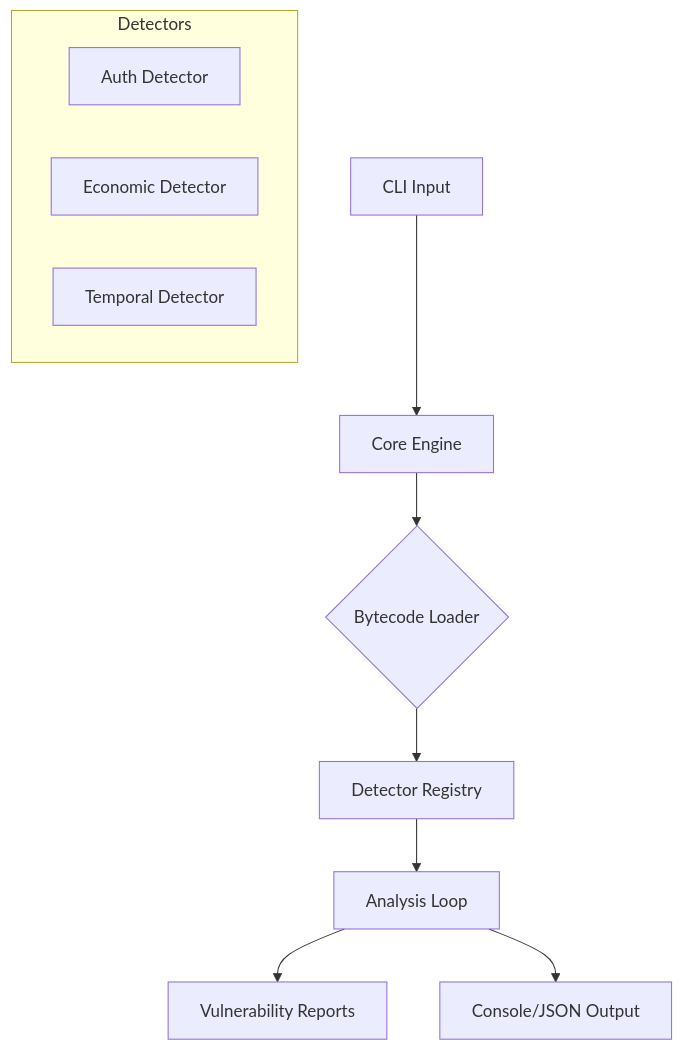
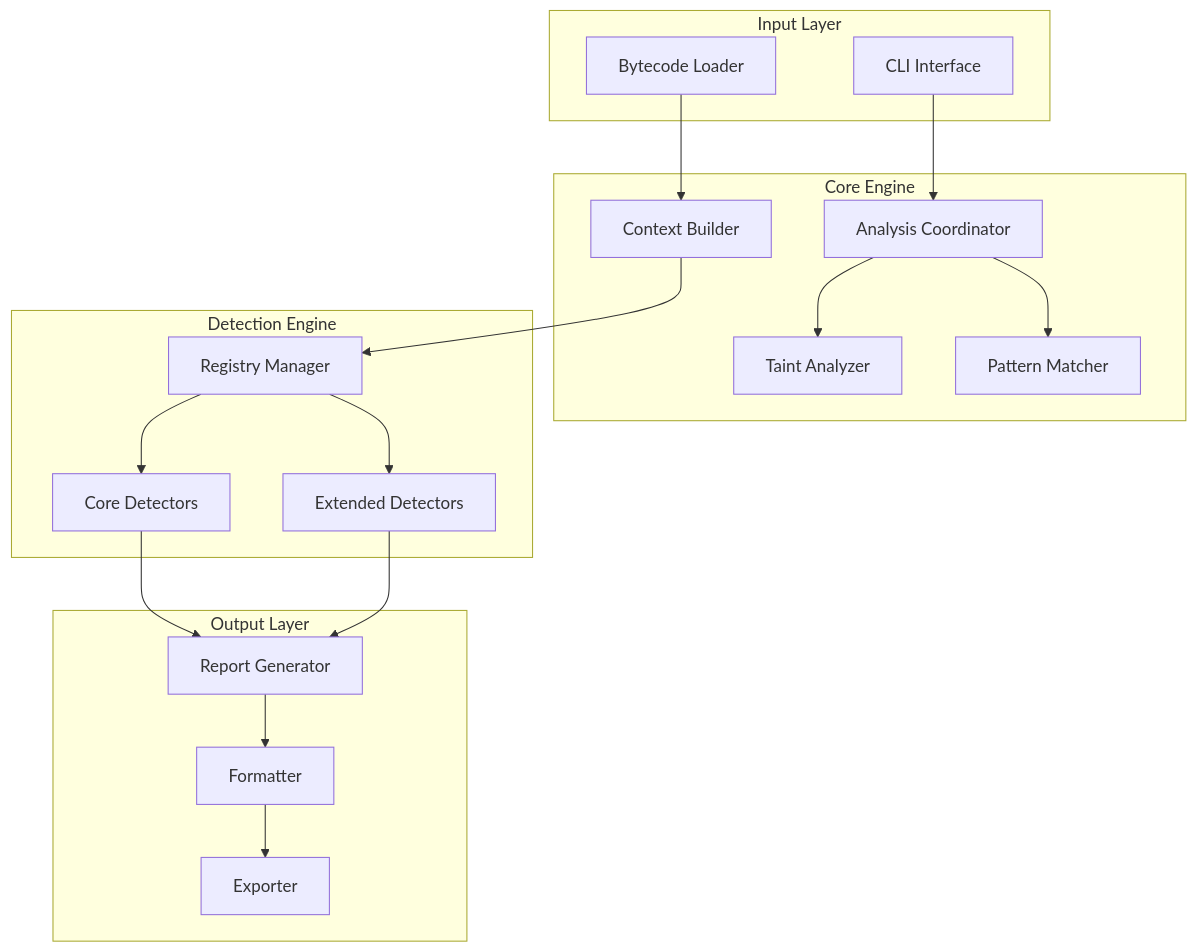
One commit to kaveyjoe/SUIZERO changed the diagram in docs/DOCUMENTATION.md. Above: the diagram before and after it, drawn with Mermaid. The commit also changed other lines of this file and 1 other file, not shown here.

````diff
--- a/docs/DOCUMENTATION.md
+++ b/docs/DOCUMENTATION.md
@@ -14,15 +42,38 @@
 ```mermaid
-graph TD
-    A[CLI Input] --> B[Core Engine]
-    B --> C{Bytecode Loader}
-    C --> D[Detector Registry]
-    D --> E[Analysis Loop]
-    E --> F[Vulnerability Reports]
-    E --> G[Console/JSON Output]
+graph TB
+    subgraph "Input Layer"
+        A[CLI Interface] 
+        B[Bytecode Loader]
+    end
     
-    subgraph "Detectors"
-        D1[Auth Detector]
-        D2[Economic Detector]
-        D3[Temporal Detector]
+    subgraph "Core Engine"
+        C[Analysis Coordinator]
+        D[Context Builder]
+        E[Taint Analyzer]
+        F[Pattern Matcher]
     end
+    
+    subgraph "Detection Engine"
+        G[Registry Manager]
+        H[Core Detectors]
+        I[Extended Detectors]
+    end
+    
+    subgraph "Output Layer"
+        J[Report Generator]
+        K[Formatter]
+        L[Exporter]
+    end
+    
+    A --> C
+    B --> D
+    C --> E
+    C --> F
+    D --> G
+    G --> H
+    G --> I
+    H --> J
+    I --> J
+    J --> K
+    K --> L
 ```
````
